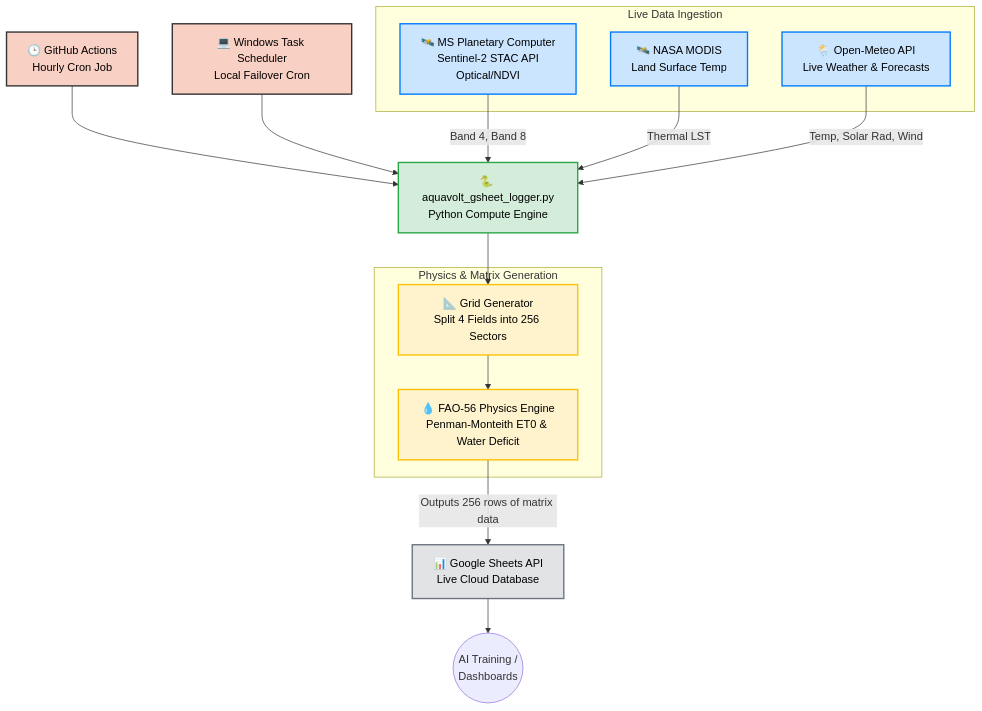
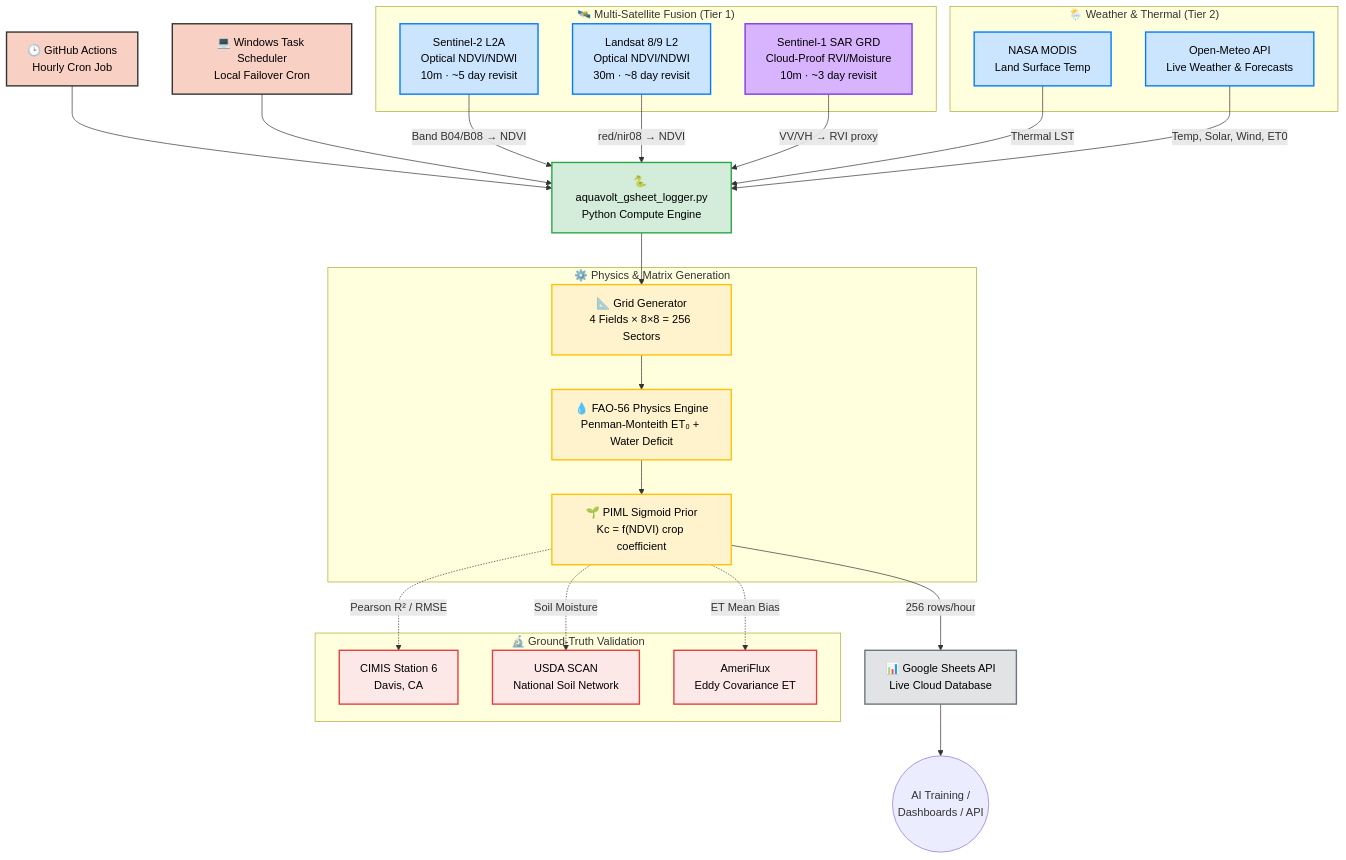
One commit to umertanveer25/aquavolt-ai-pk changed the diagram in README.md. Above: the diagram before and after it, drawn with Mermaid. The commit also changed other lines of this file, not shown here.

Commit message:
fix: Remove duplicate architecture diagram, update to reflect Sentinel-1 SAR + Landsat 8/9 multi-satellite pipeline

````diff
--- a/README.md
+++ b/README.md
@@ -180,43 +136,65 @@
 ```mermaid
 flowchart TD
     %% Define Styles
     classDef trigger fill:#f9d0c4,stroke:#333,stroke-width:2px,color:#000
     classDef script fill:#d4edda,stroke:#28a745,stroke-width:2px,color:#000
     classDef external fill:#cce5ff,stroke:#007bff,stroke-width:2px,color:#000
+    classDef sar fill:#d8b4fe,stroke:#7c3aed,stroke-width:2px,color:#000
     classDef processing fill:#fff3cd,stroke:#ffc107,stroke-width:2px,color:#000
     classDef database fill:#e2e3e5,stroke:#6c757d,stroke-width:2px,color:#000
+    classDef validation fill:#fde8e8,stroke:#e53e3e,stroke-width:2px,color:#000
 
     %% Trigger
     A[🕒 GitHub Actions<br/>Hourly Cron Job]:::trigger --> B
     A2[💻 Windows Task Scheduler<br/>Local Failover Cron]:::trigger --> B
 
     %% Main Execution
     B[🐍 aquavolt_gsheet_logger.py<br/>Python Compute Engine]:::script
 
     %% External Data APIs
-    subgraph External APIs [Live Data Ingestion]
-        C1[🛰️ MS Planetary Computer<br/>Sentinel-2 STAC API<br/>Optical/NDVI]:::external
-        C2[🛰️ NASA MODIS<br/>Land Surface Temp]:::external
-        C3[🌦️ Open-Meteo API<br/>Live Weather & Forecasts]:::external
+    subgraph SatLayer ["🛰️ Multi-Satellite Fusion (Tier 1)"]
+        C1["Sentinel-2 L2A<br/>Optical NDVI/NDWI<br/>10m · ~5 day revisit"]:::external
+        C1b["Landsat 8/9 L2<br/>Optical NDVI/NDWI<br/>30m · ~8 day revisit"]:::external
+        C1c["Sentinel-1 SAR GRD<br/>Cloud-Proof RVI/Moisture<br/>10m · ~3 day revisit"]:::sar
+    end
+
+    subgraph WeatherLayer ["🌦️ Weather & Thermal (Tier 2)"]
+        C2["NASA MODIS<br/>Land Surface Temp"]:::external
+        C3["Open-Meteo API<br/>Live Weather & Forecasts"]:::external
     end
 
     %% API Connections
-    C1 -->|Band 4, Band 8| B
-    C2 -->|Thermal LST| B
-    C3 -->|Temp, Solar Rad, Wind| B
+    C1  -->|"Band B04/B08 → NDVI"| B
+    C1b -->|"red/nir08 → NDVI"| B
+    C1c -->|"VV/VH → RVI proxy"| B
+    C2  -->|"Thermal LST"| B
+    C3  -->|"Temp, Solar, Wind, ET0"| B
 
     %% Processing Logic
-    subgraph PIML Processing [Physics & Matrix Generation]
-        D1[📐 Grid Generator<br/>Split 4 Fields into 256 Sectors]:::processing
-        D2[💧 FAO-56 Physics Engine<br/>Penman-Monteith ET0 & Water Deficit]:::processing
+    subgraph PIML Processing ["⚙️ Physics & Matrix Generation"]
+        D1["📐 Grid Generator<br/>4 Fields × 8×8 = 256 Sectors"]:::processing
+        D2["💧 FAO-56 Physics Engine<br/>Penman-Monteith ET₀ + Water Deficit"]:::processing
+        D3["🌱 PIML Sigmoid Prior<br/>Kc = f(NDVI) crop coefficient"]:::processing
     end
 
     B --> D1
     D1 --> D2
+    D2 --> D3
+
+    %% Validation Layer
+    subgraph ValLayer ["🔬 Ground-Truth Validation"]
+        V1["CIMIS Station 6<br/>Davis, CA"]:::validation
+        V2["USDA SCAN<br/>National Soil Network"]:::validation
+        V3["AmeriFlux<br/>Eddy Covariance ET"]:::validation
+    end
+
+    D3 -.->|"Pearson R² / RMSE"| V1
+    D3 -.->|"Soil Moisture"| V2
+    D3 -.->|"ET Mean Bias"| V3
 
     %% Storage Output
-    D2 -->|Outputs 256 rows of matrix data| E[📊 Google Sheets API<br/>Live Cloud Database]:::database
+    D3 -->|"256 rows/hour"| E["📊 Google Sheets API<br/>Live Cloud Database"]:::database
 
     %% End Use
-    E --> F((AI Training /<br/>Dashboards))
+    E --> F(("AI Training /<br/>Dashboards / API"))
 ```
````
